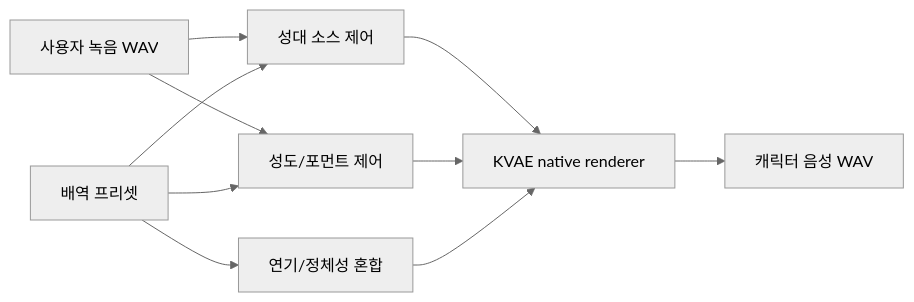
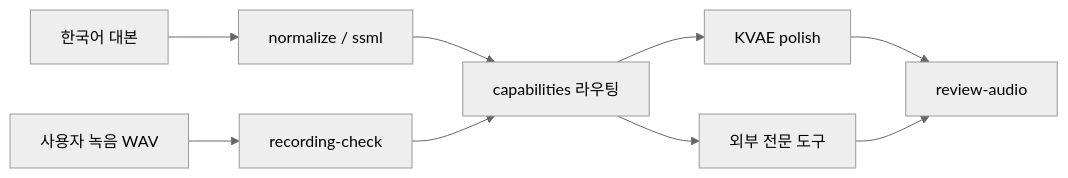
The diagram in README.ko.md (sinmb79/korean-voice-acting-engine), drawn with Mermaid (neutral theme) before and after one commit. The commit also changed other lines of this file and 9 other files, not shown here.

````diff
--- a/README.ko.md
+++ b/README.ko.md
@@ -127,12 +128,11 @@
 ```mermaid
 flowchart LR
-  A["사용자 녹음 WAV"] --> B["성대 소스 제어"]
-  A --> C["성도/포먼트 제어"]
-  D["배역 프리셋"] --> B
-  D --> C
-  D --> E["연기/정체성 혼합"]
-  B --> F["KVAE native renderer"]
-  C --> F
-  E --> F
-  F --> G["캐릭터 음성 WAV"]
+  A["한국어 대본"] --> B["normalize / ssml"]
+  C["사용자 녹음 WAV"] --> D["recording-check"]
+  B --> E["capabilities 라우팅"]
+  D --> E
+  E --> F["KVAE polish"]
+  F --> G["review-audio"]
+  E --> H["외부 전문 도구"]
+  H --> G
 ```
````
